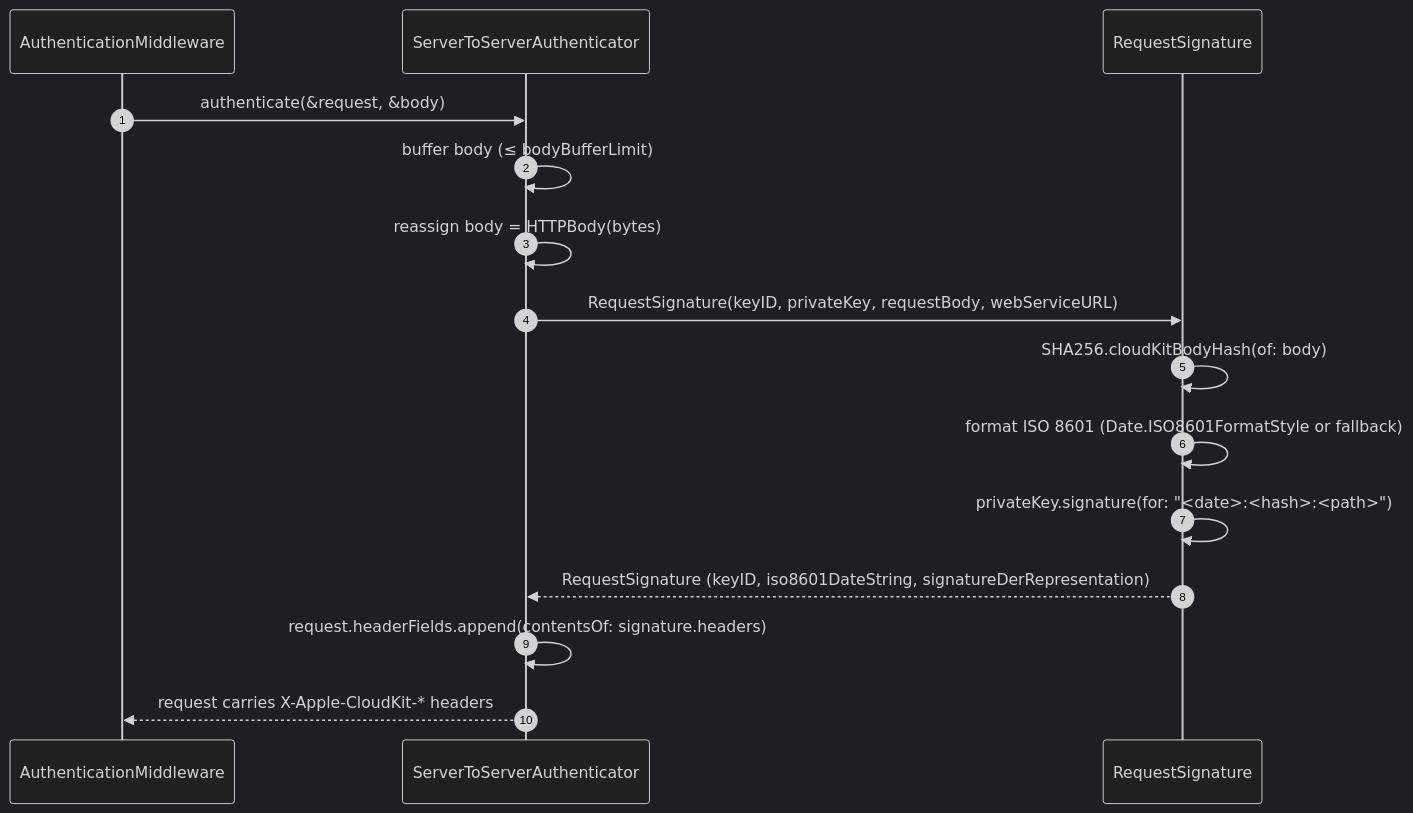
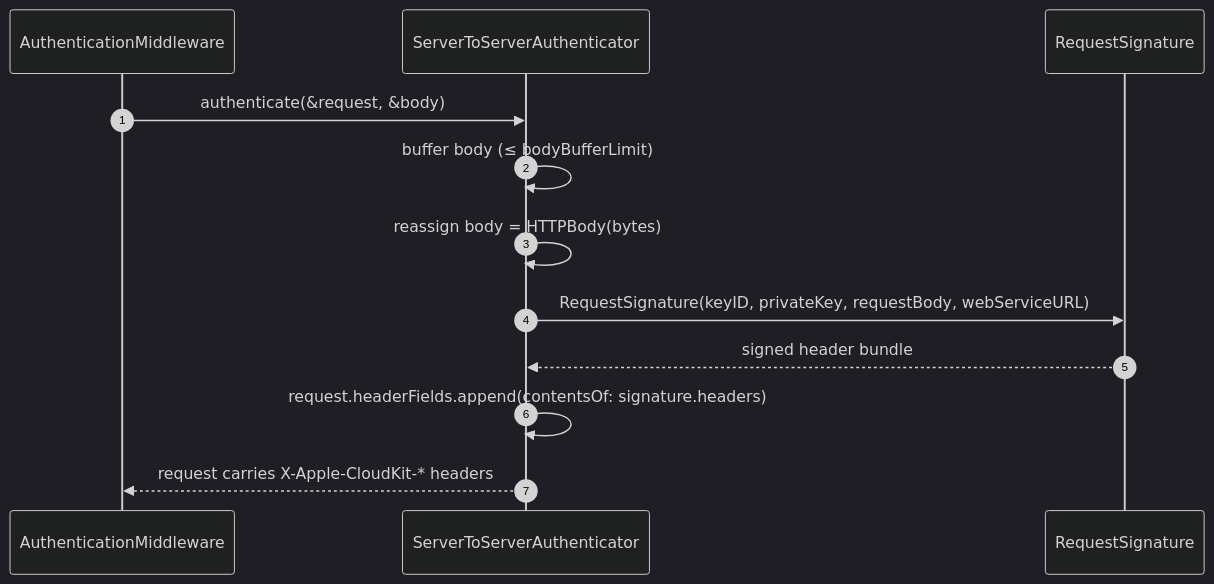
One commit to brightdigit/MistKit changed the third of 4 diagrams in docs/internals/authentication-middleware.md. Above: the diagram before and after it, drawn with Mermaid (dark theme).

Commit message:
docs(internals): collapse RequestSignature internals in S2S flow diagram
The hash/format/sign steps belong to the RequestSignature section above; the
flow diagram just needs to show the signed-header handoff.

````diff
--- a/docs/internals/authentication-middleware.md
+++ b/docs/internals/authentication-middleware.md
@@ -304,18 +304,15 @@
 ```mermaid
 sequenceDiagram
   autonumber
   participant Mid as AuthenticationMiddleware
   participant Auth as ServerToServerAuthenticator
   participant Sig as RequestSignature
 
   Mid->>Auth: authenticate(&request, &body)
   Auth->>Auth: buffer body (≤ bodyBufferLimit)
   Auth->>Auth: reassign body = HTTPBody(bytes)
   Auth->>Sig: RequestSignature(keyID, privateKey, requestBody, webServiceURL)
-  Sig->>Sig: SHA256.cloudKitBodyHash(of: body)
-  Sig->>Sig: format ISO 8601 (Date.ISO8601FormatStyle or fallback)
-  Sig->>Sig: privateKey.signature(for: "<date>:<hash>:<path>")
-  Sig-->>Auth: RequestSignature (keyID, iso8601DateString, signatureDerRepresentation)
+  Sig-->>Auth: signed header bundle
   Auth->>Auth: request.headerFields.append(contentsOf: signature.headers)
   Auth-->>Mid: request carries X-Apple-CloudKit-* headers
 ```
````
